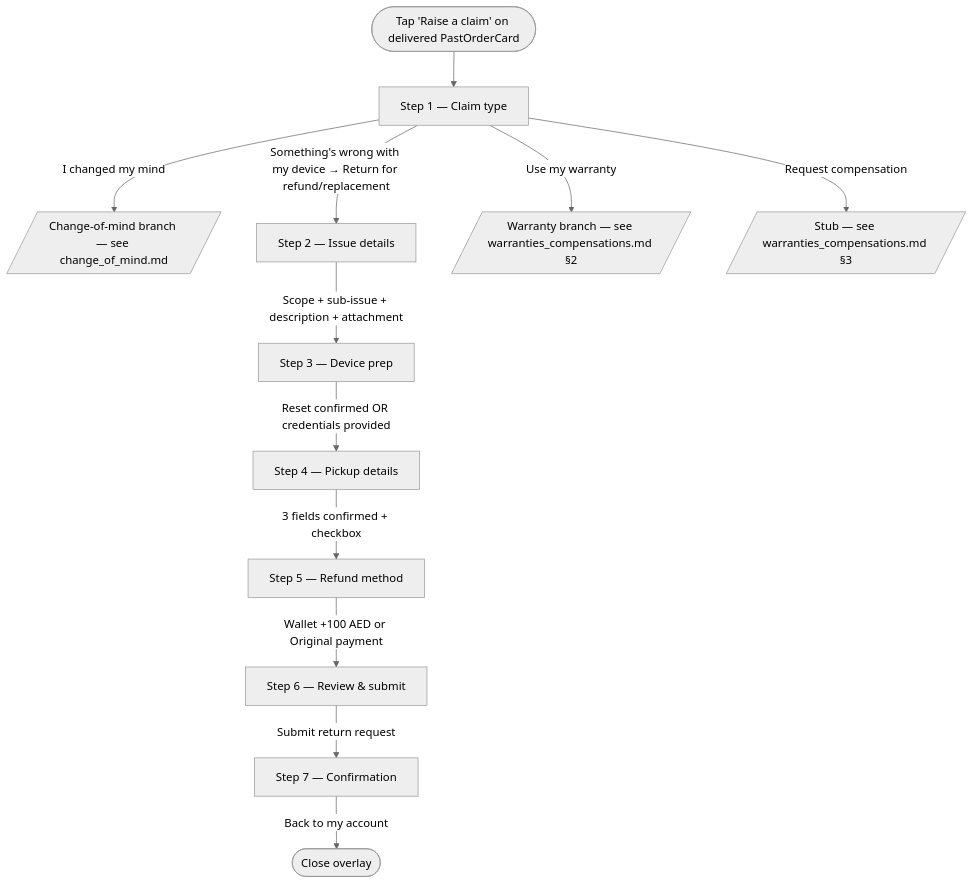
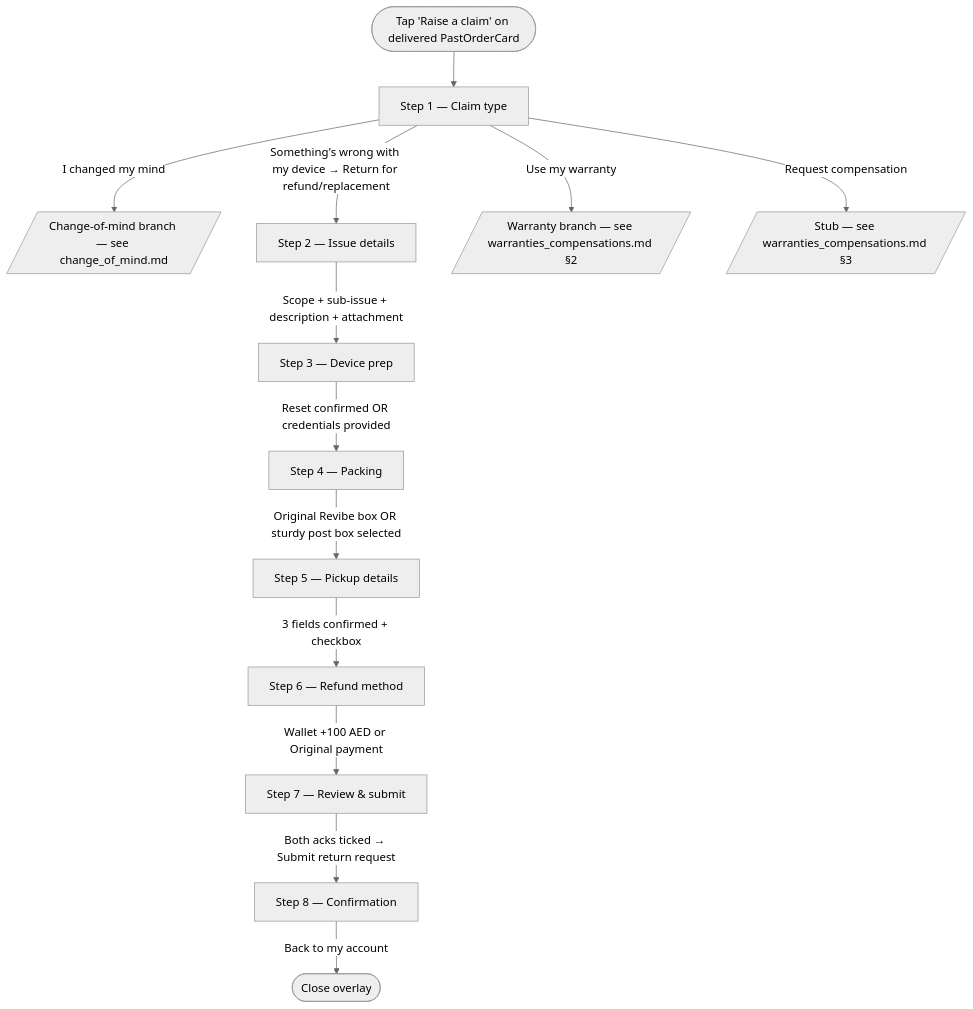
Before and after one commit to andrea-revibe/my-account-redesign-v2: the diagram in docs/output/returns/issue.md, drawn with Mermaid (neutral theme). The commit also changed other lines of this file and 12 other files, not shown here.

Commit message:
added a packing step and rearranged the review for raise a claim

````diff
--- a/docs/output/returns/issue.md
+++ b/docs/output/returns/issue.md
@@ -25,14 +25,15 @@
 ```mermaid
 flowchart TD
   entry([Tap 'Raise a claim' on delivered PastOrderCard]) --> s1[Step 1 — Claim type]
   s1 -->|I changed my mind| com[/Change-of-mind branch — see change_of_mind.md/]
   s1 -->|Something's wrong with my device → Return for refund/replacement| s2[Step 2 — Issue details]
   s1 -->|Use my warranty| warranty[/Warranty branch — see warranties_compensations.md §2/]
   s1 -->|Request compensation| stub2[/Stub — see warranties_compensations.md §3/]
   s2 -->|Scope + sub-issue + description + attachment| s3[Step 3 — Device prep]
-  s3 -->|Reset confirmed OR credentials provided| s4[Step 4 — Pickup details]
-  s4 -->|3 fields confirmed + checkbox| s5[Step 5 — Refund method]
-  s5 -->|Wallet +100 AED or Original payment| s6[Step 6 — Review & submit]
-  s6 -->|Submit return request| s7[Step 7 — Confirmation]
-  s7 -->|Back to my account| close([Close overlay])
+  s3 -->|Reset confirmed OR credentials provided| s4[Step 4 — Packing]
+  s4 -->|Original Revibe box OR sturdy post box selected| s5[Step 5 — Pickup details]
+  s5 -->|3 fields confirmed + checkbox| s6[Step 6 — Refund method]
+  s6 -->|Wallet +100 AED or Original payment| s7[Step 7 — Review & submit]
+  s7 -->|Both acks ticked → Submit return request| s8[Step 8 — Confirmation]
+  s8 -->|Back to my account| close([Close overlay])
 ```
````
